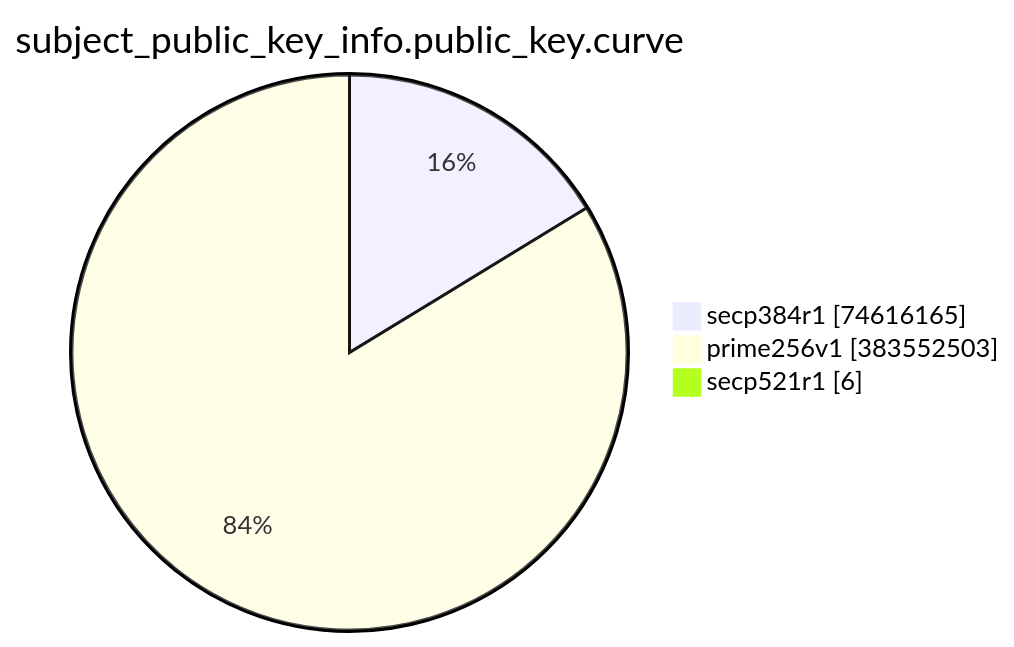
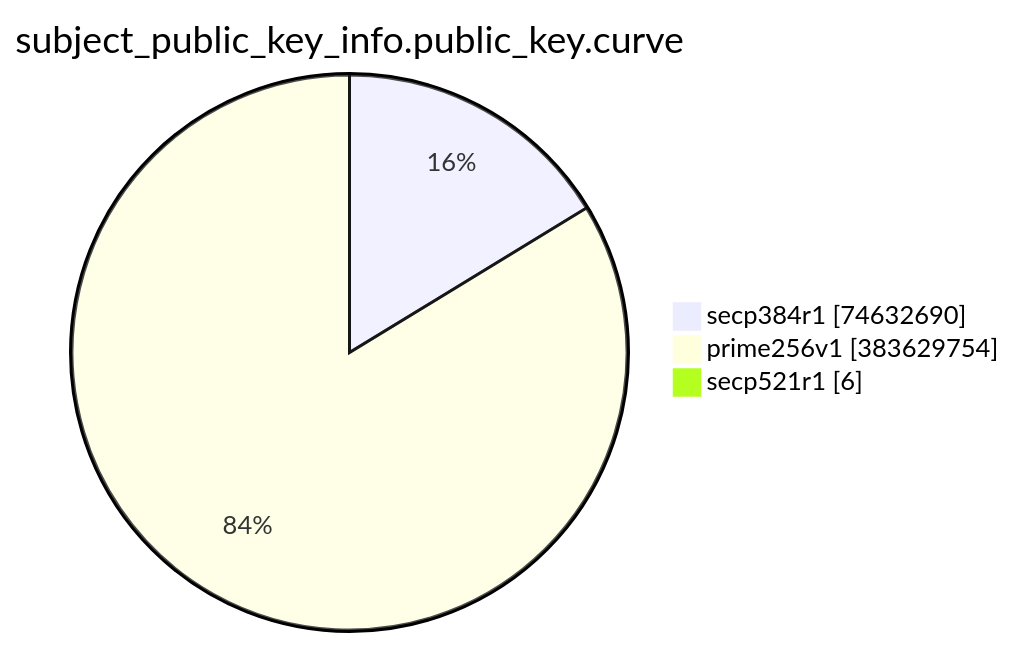
One commit to christiankrug/ctmonitor_visualization changed the eighth of 15 diagrams in TOTAL/README.md. Above: the diagram before and after it, drawn with Mermaid. The commit also changed other lines of this file, not shown here.

````diff
--- a/TOTAL/README.md
+++ b/TOTAL/README.md
@@ -3094,7 +3094,7 @@
 ```mermaid
 pie showData
 title subject_public_key_info.public_key.curve
-"secp384r1" :74616165
-"prime256v1" :383552503
+"secp384r1" :74632690
+"prime256v1" :383629754
 "secp521r1" :6
 ```
````
